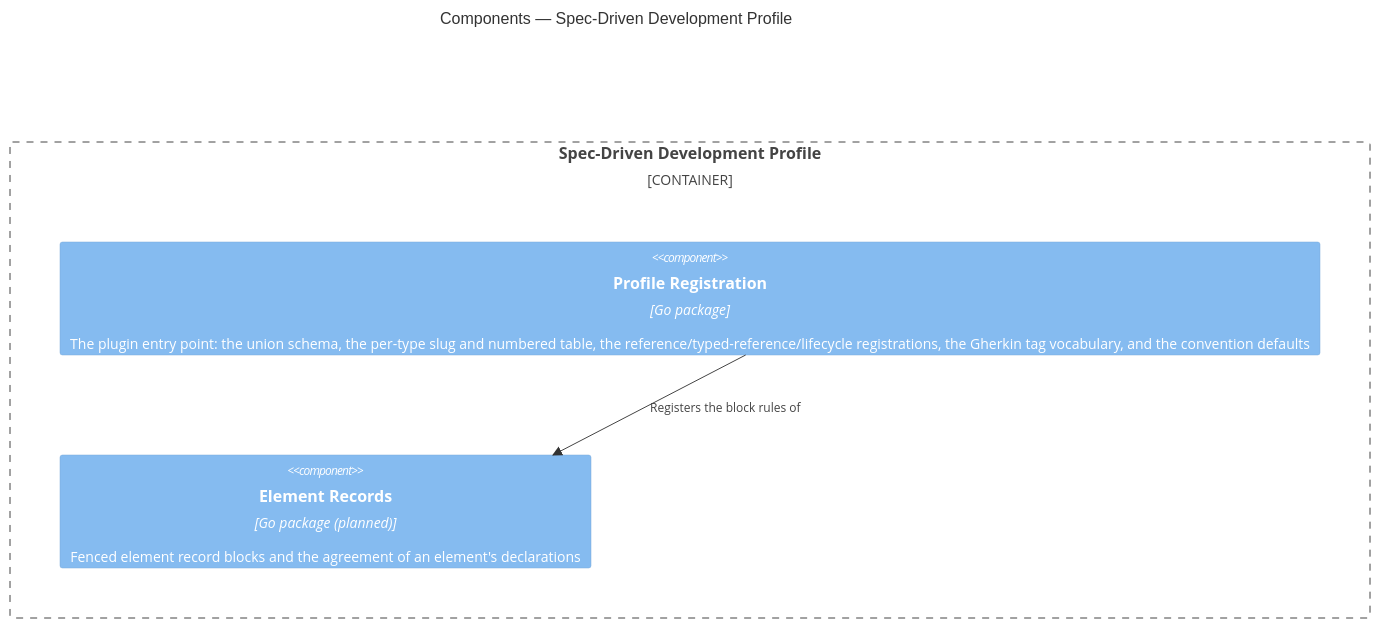
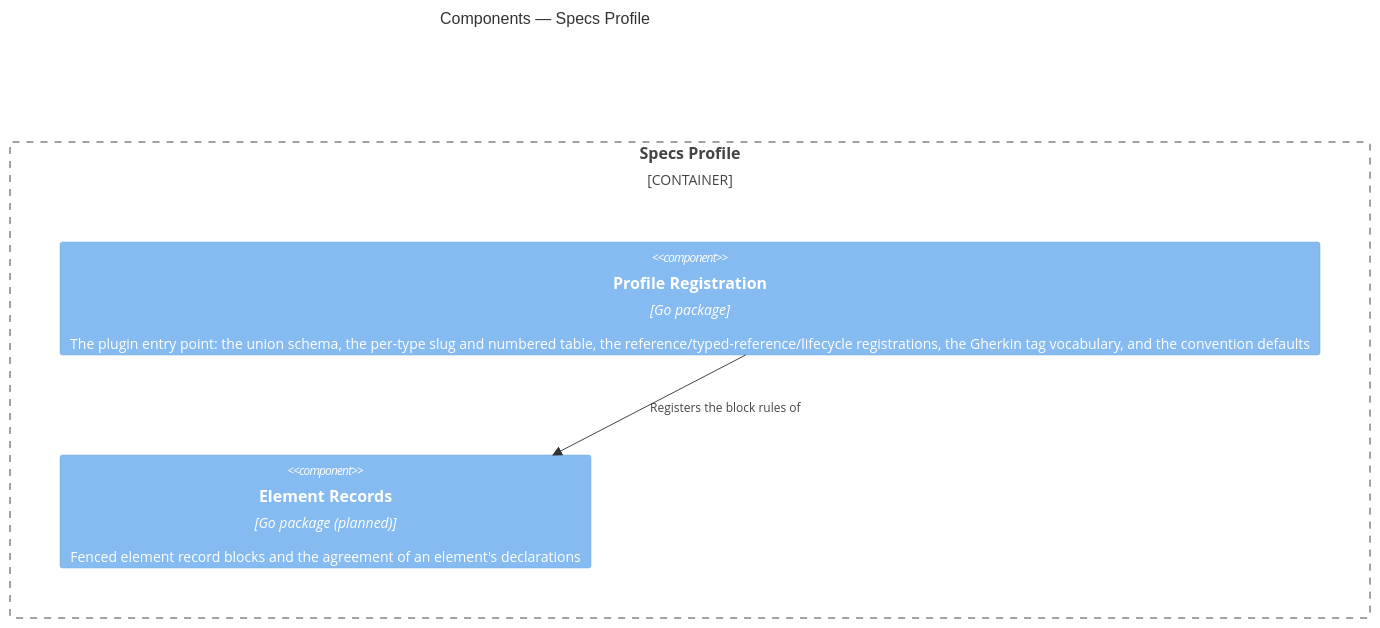
One commit to brettcallaghan/specs changed the diagram in specs/modules/spec-profile/spec-profile-module.md. Above: the diagram before and after it, drawn with Mermaid. The commit also changed other lines of this file and 138 other files, not shown here.

First line of the commit message:
Rename the spec-driven-dev profile and old project names to specs

````diff
--- a/specs/modules/spec-profile/spec-profile-module.md
+++ b/specs/modules/spec-profile/spec-profile-module.md
@@ -175,9 +175,9 @@
 ```mermaid
 C4Component
-    title Components — Spec-Driven Development Profile
-    Container_Boundary(profile, "Spec-Driven Development Profile") {
+    title Components — Specs Profile
+    Container_Boundary(profile, "Specs Profile") {
         Component(reg, "Profile Registration", "Go package", "The plugin entry point: the union schema, the per-type slug and numbered table, the reference/typed-reference/lifecycle registrations, the Gherkin tag vocabulary, and the convention defaults")
         Component(records, "Element Records", "Go package (planned)", "Fenced element record blocks and the agreement of an element's declarations")
     }
     Rel(reg, records, "Registers the block rules of")
 ```
````
